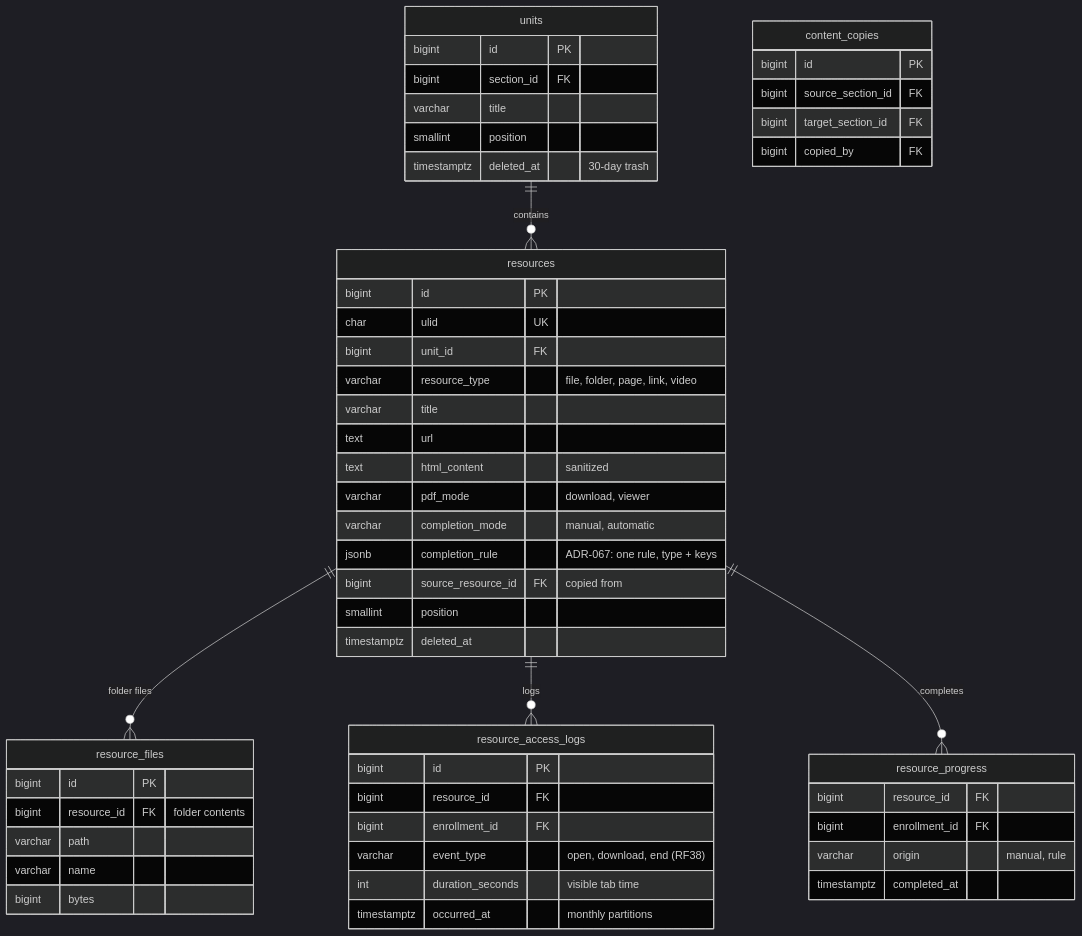
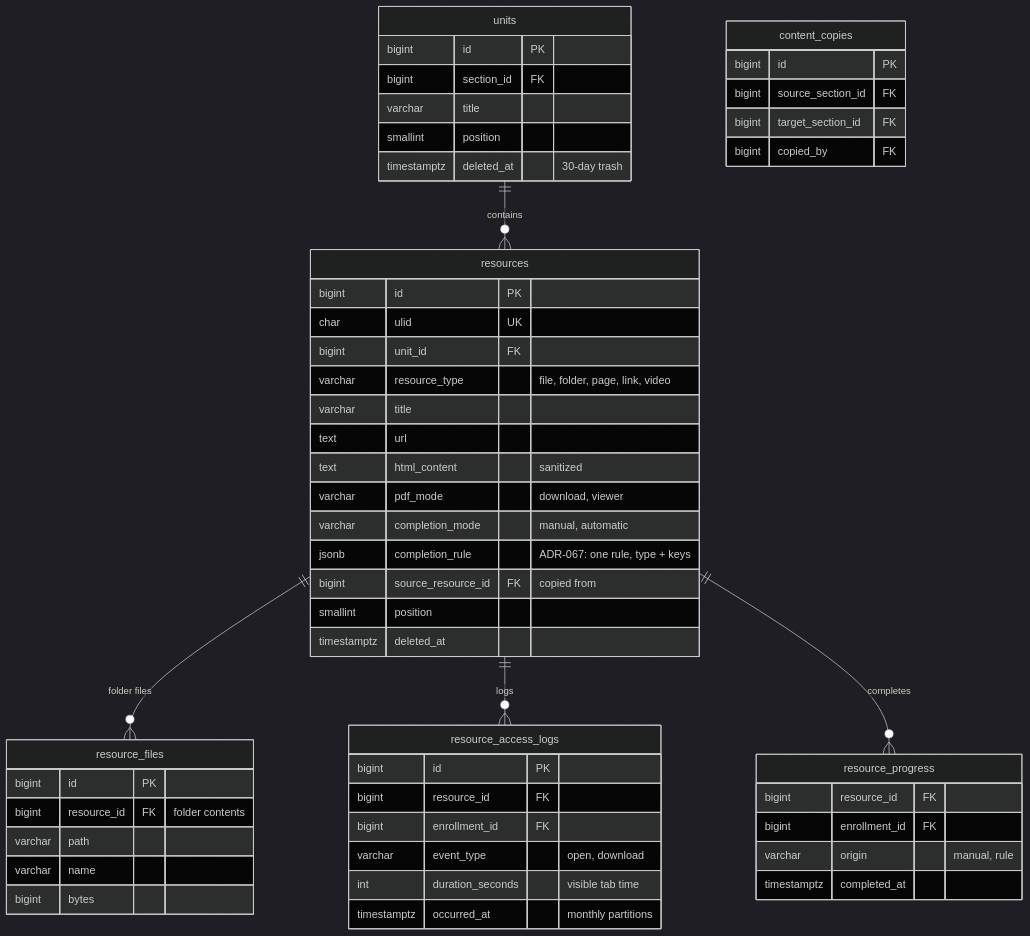
Before and after one commit to evervc-dev/lms-ues-fmo: the fourth of 9 diagrams in docs/07 Datos/Modelo entidad-relación.md, drawn with Mermaid (dark theme). The commit also changed other lines of this file and 29 other files, not shown here.

````diff
--- a/docs/07 Datos/Modelo entidad-relación.md
+++ b/docs/07 Datos/Modelo entidad-relación.md
@@ -392,56 +396,56 @@
 ```mermaid
 erDiagram
   units {
     bigint id PK
     bigint section_id FK
     varchar title
     smallint position
     timestamptz deleted_at "30-day trash"
   }
   resources {
     bigint id PK
     char ulid UK
     bigint unit_id FK
     varchar resource_type "file, folder, page, link, video"
     varchar title
     text url
     text html_content "sanitized"
     varchar pdf_mode "download, viewer"
     varchar completion_mode "manual, automatic"
     jsonb completion_rule "ADR-067: one rule, type + keys"
     bigint source_resource_id FK "copied from"
     smallint position
     timestamptz deleted_at
   }
   resource_files {
     bigint id PK
     bigint resource_id FK "folder contents"
     varchar path
     varchar name
     bigint bytes
   }
   resource_access_logs {
     bigint id PK
     bigint resource_id FK
     bigint enrollment_id FK
-    varchar event_type "open, download, end (RF38)"
+    varchar event_type "open, download"
     int duration_seconds "visible tab time"
     timestamptz occurred_at "monthly partitions"
   }
   resource_progress {
     bigint resource_id FK
     bigint enrollment_id FK
     varchar origin "manual, rule"
     timestamptz completed_at
   }
   content_copies {
     bigint id PK
     bigint source_section_id FK
     bigint target_section_id FK
     bigint copied_by FK
   }
   units ||--o{ resources : contains
   resources ||--o{ resource_files : "folder files"
   resources ||--o{ resource_access_logs : logs
   resources ||--o{ resource_progress : completes
 ```
````
